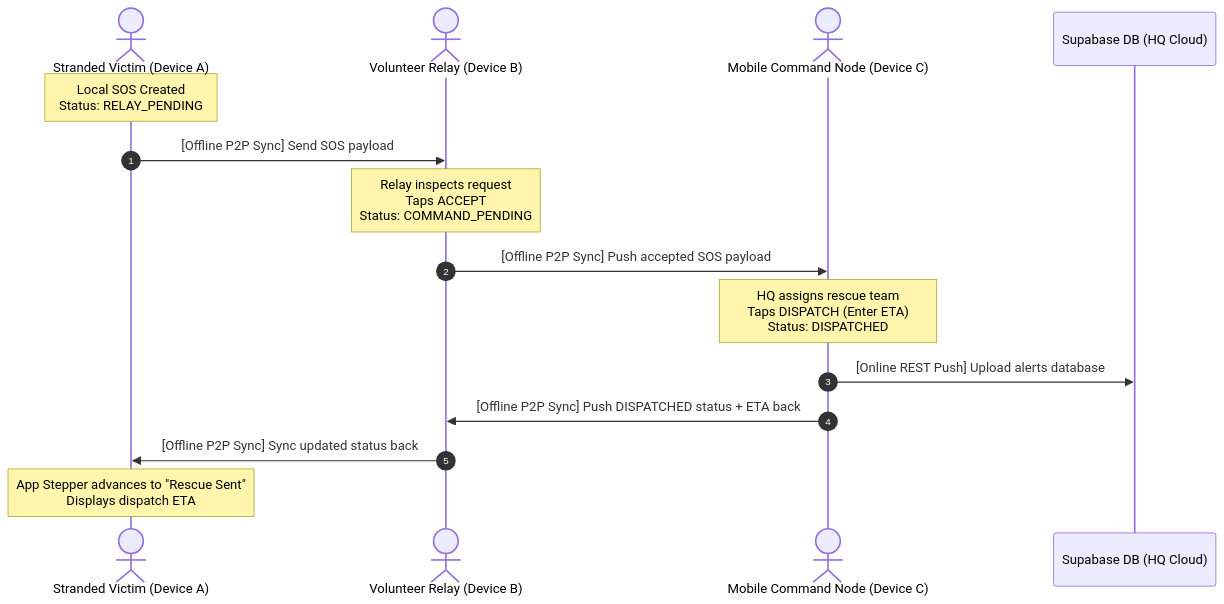
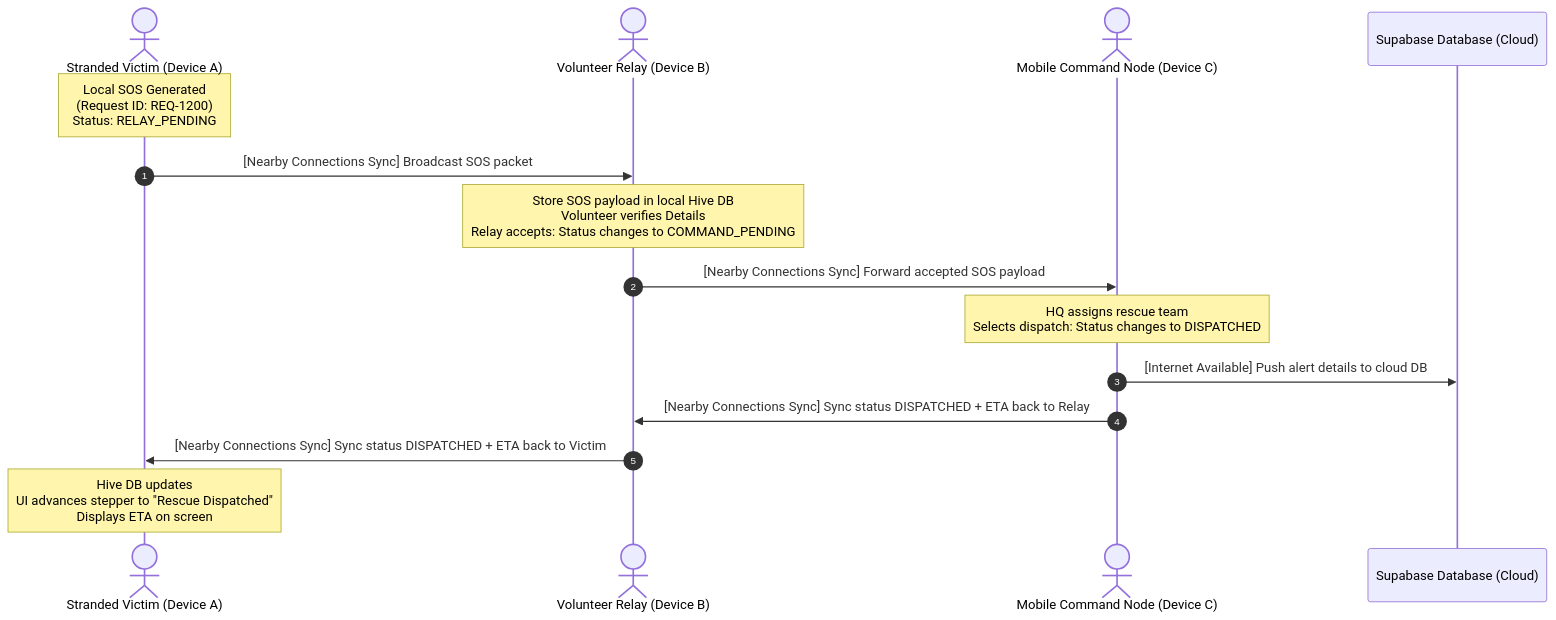
The third of 5 diagrams in SYSTEM_ARCHITECTURE.md (bharathkumar000/RESQLINK), drawn with Mermaid before and after one commit. The commit also changed other lines of this file, not shown here.

Commit message:
docs(system): Update SYSTEM_ARCHITECTURE.md to unify all hardware, mobile, database and web modules

````diff
--- a/SYSTEM_ARCHITECTURE.md
+++ b/SYSTEM_ARCHITECTURE.md
@@ -119,18 +180,18 @@
 ```mermaid
 sequenceDiagram
     autonumber
     actor Victim as Stranded Victim (Device A)
     actor Relay as Volunteer Relay (Device B)
     actor HQ as Mobile Command Node (Device C)
-    participant Cloud as Supabase DB (HQ Cloud)
+    participant Supa as Supabase Database (Cloud)
 
-    Note over Victim: Local SOS Created<br/>Status: RELAY_PENDING
-    Victim->>Relay: [Offline P2P Sync] Send SOS payload
-    Note over Relay: Relay inspects request<br/>Taps ACCEPT<br/>Status: COMMAND_PENDING
-    Relay->>HQ: [Offline P2P Sync] Push accepted SOS payload
-    Note over HQ: HQ assigns rescue team<br/>Taps DISPATCH (Enter ETA)<br/>Status: DISPATCHED
-    HQ->>Cloud: [Online REST Push] Upload alerts database
-    HQ->>Relay: [Offline P2P Sync] Push DISPATCHED status + ETA back
-    Relay->>Victim: [Offline P2P Sync] Sync updated status back
-    Note over Victim: App Stepper advances to "Rescue Sent"<br/>Displays dispatch ETA
+    Note over Victim: Local SOS Generated<br/>(Request ID: REQ-1200)<br/>Status: RELAY_PENDING
+    Victim->>Relay: [Nearby Connections Sync] Broadcast SOS packet
+    Note over Relay: Store SOS payload in local Hive DB<br/>Volunteer verifies Details<br/>Relay accepts: Status changes to COMMAND_PENDING
+    Relay->>HQ: [Nearby Connections Sync] Forward accepted SOS payload
+    Note over HQ: HQ assigns rescue team<br/>Selects dispatch: Status changes to DISPATCHED
+    HQ->>Supa: [Internet Available] Push alert details to cloud DB
+    HQ->>Relay: [Nearby Connections Sync] Sync status DISPATCHED + ETA back to Relay
+    Relay->>Victim: [Nearby Connections Sync] Sync status DISPATCHED + ETA back to Victim
+    Note over Victim: Hive DB updates<br/>UI advances stepper to "Rescue Dispatched"<br/>Displays ETA on screen
 ```
````
